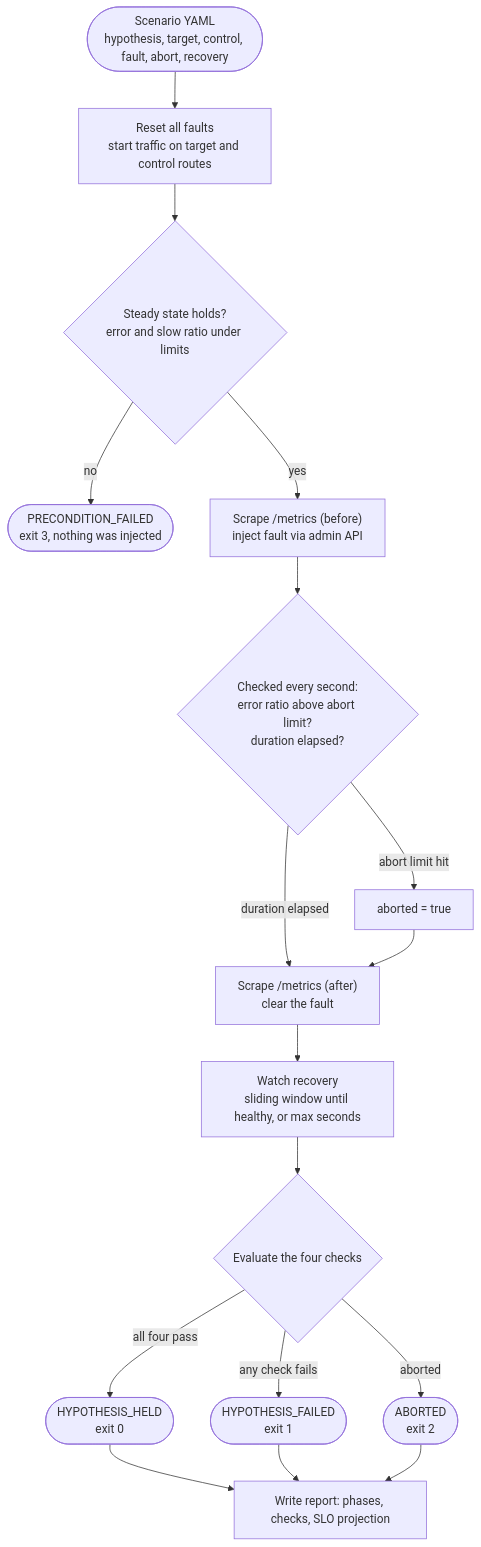
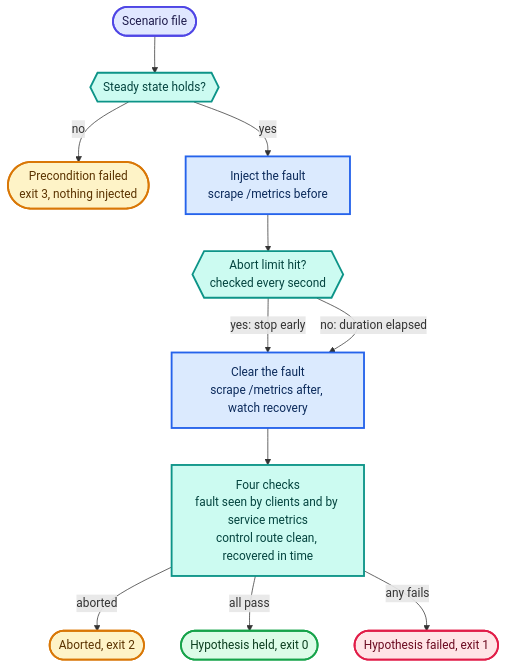
The fourth of 5 diagrams in projects/sre-reliability-lab/docs/schematics/README.md (Joxejaime/Projects-2026), drawn with Mermaid before and after one commit. The commit also changed other lines of this file and 62 other files, not shown here.

First line of the commit message:
Colour the schematics and add LinkedIn cards and carousels

````diff
--- a/projects/sre-reliability-lab/docs/schematics/README.md
+++ b/projects/sre-reliability-lab/docs/schematics/README.md
@@ -113,21 +144,31 @@
 ```mermaid
 %% title: Chaos experiment lifecycle
+%% headline: A chaos experiment that checks its own claims
+%% takeaway: It refuses to start unless healthy, aborts on damage and checks that a control route stayed clean.
+%% legend: entry=Scenario,app=Action,guard=Check,ok=Hypothesis held,data=Stopped early,alert=Failed
 %% caption: chaos/runner.py. The runner refuses to inject unless steady state holds, checks the abort condition every second, always clears the fault, and gives its verdict only after four checks: the fault was visible to clients, it was visible in the service's own metrics, a control route stayed healthy, and the service recovered in time. Exit codes: 0 held, 1 failed, 2 aborted, 3 precondition failed. Traffic threads are always stopped in a finally block.
-flowchart TD
-    start(["Scenario YAML<br/>hypothesis, target, control, fault, abort, recovery"]) --> reset["Reset all faults<br/>start traffic on target and control routes"]
-    reset --> steady{"Steady state holds?<br/>error and slow ratio under limits"}
-    steady -- no --> pre(["PRECONDITION_FAILED<br/>exit 3, nothing was injected"])
-    steady -- yes --> s1["Scrape /metrics (before)<br/>inject fault via admin API"]
-    s1 --> watch{"Checked every second:<br/>error ratio above abort limit?<br/>duration elapsed?"}
-    watch -- "abort limit hit" --> ab["aborted = true"]
-    watch -- "duration elapsed" --> clear
-    ab --> clear["Scrape /metrics (after)<br/>clear the fault"]
-    clear --> rec["Watch recovery<br/>sliding window until healthy, or max seconds"]
-    rec --> checks{"Evaluate the four checks"}
-    checks -- "aborted" --> abortv(["ABORTED<br/>exit 2"])
-    checks -- "all four pass" --> held(["HYPOTHESIS_HELD<br/>exit 0"])
-    checks -- "any check fails" --> failed(["HYPOTHESIS_FAILED<br/>exit 1"])
-    held --> rep["Write report: phases, checks, SLO projection"]
-    failed --> rep
-    abortv --> rep
+flowchart TB
+    start(["Scenario file"]) --> steady{{"Steady state holds?"}}
+    steady -- no --> pre(["Precondition failed<br/>exit 3, nothing injected"])
+    steady -- yes --> inject["Inject the fault<br/>scrape /metrics before"]
+    inject --> watch{{"Abort limit hit?<br/>checked every second"}}
+    watch -- "yes: stop early" --> clear
+    watch -- "no: duration elapsed" --> clear["Clear the fault<br/>scrape /metrics after, watch recovery"]
+    clear --> checks["Four checks<br/>fault seen by clients and by service metrics<br/>control route clean, recovered in time"]
+    checks -- "aborted" --> abortv(["Aborted, exit 2"])
+    checks -- "all pass" --> held(["Hypothesis held, exit 0"])
+    checks -- "any fails" --> failed(["Hypothesis failed, exit 1"])
+
+    classDef entry fill:#E0E7FF,stroke:#4F46E5,stroke-width:2.5px,color:#1E1B4B
+    classDef app fill:#DBEAFE,stroke:#2563EB,stroke-width:2.5px,color:#0B2A5B
+    classDef guard fill:#CCFBF1,stroke:#0D9488,stroke-width:2.5px,color:#04443F
+    classDef data fill:#FEF3C7,stroke:#D97706,stroke-width:2.5px,color:#5B3300
+    classDef alert fill:#FFE4E6,stroke:#E11D48,stroke-width:2.5px,color:#6B0A20
+    classDef ok fill:#DCFCE7,stroke:#16A34A,stroke-width:2.5px,color:#0B3D1E
+    class start entry
+    class inject,clear app
+    class steady,watch,checks guard
+    class pre,abortv data
+    class failed alert
+    class held ok
 ```
````
